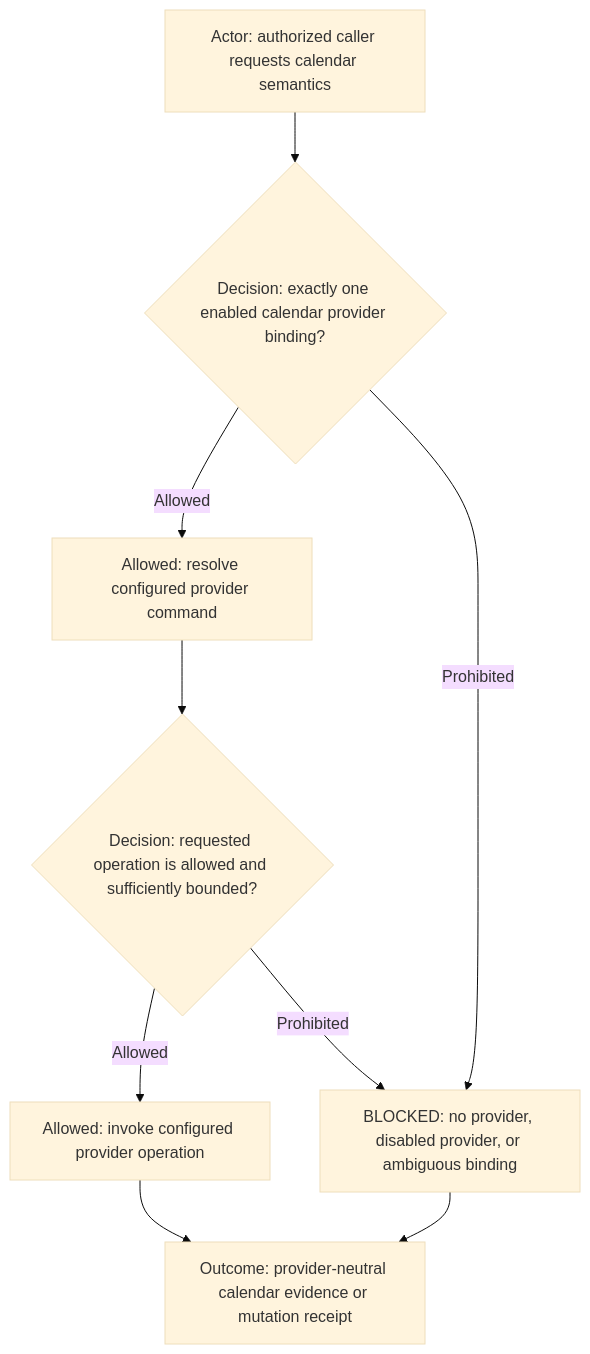
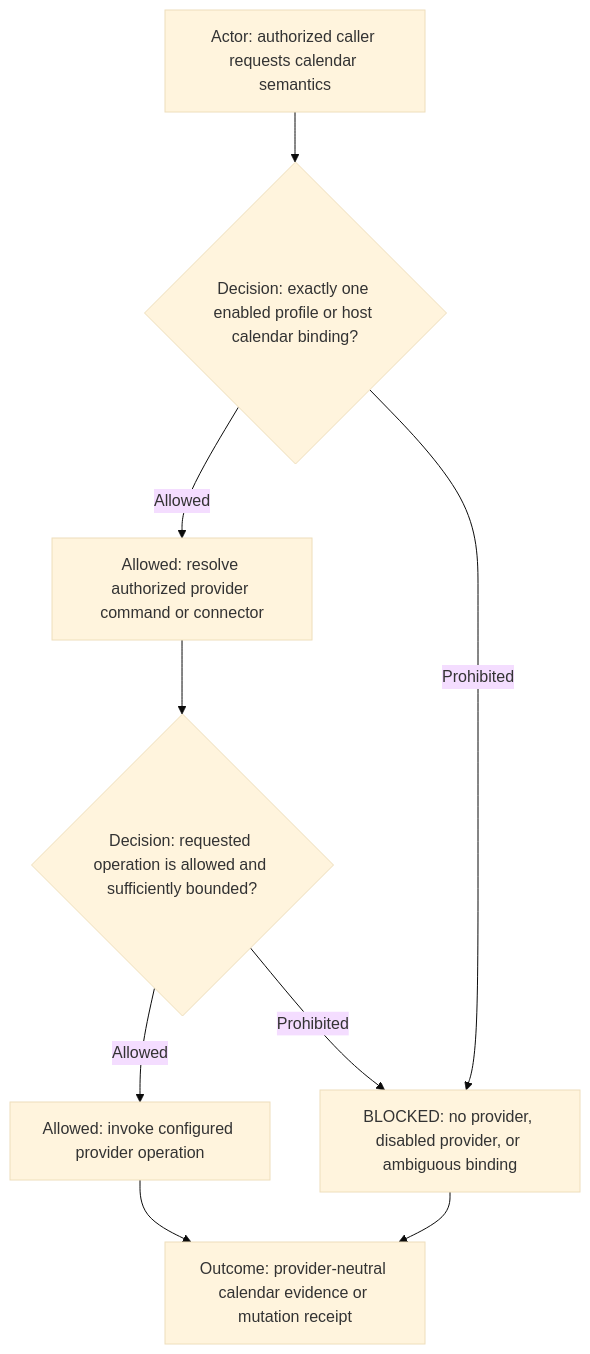
The diagram in ai-commands/connect/calendar/calendar.command.md (starodubtsevconsulting/ai-fleas), drawn with Mermaid (base theme) before and after one commit. The commit also changed other lines of this file and 1 other file, not shown here.

Commit message:
calendar: resolve provider from profile or host

````diff
--- a/ai-commands/connect/calendar/calendar.command.md
+++ b/ai-commands/connect/calendar/calendar.command.md
@@ -43,12 +43,12 @@
 ```mermaid
 flowchart TD
   Actor["Actor: authorized caller requests calendar semantics"]
-  Actor --> Context{"Decision: exactly one enabled calendar provider binding?"}
-  Context -->|Allowed| Resolve["Allowed: resolve configured provider command"]
+  Actor --> Context{"Decision: exactly one enabled profile or host calendar binding?"}
+  Context -->|Allowed| Resolve["Allowed: resolve authorized provider command or connector"]
   Context -->|Prohibited| Blocked["BLOCKED: no provider, disabled provider, or ambiguous binding"]
   Resolve --> Operation{"Decision: requested operation is allowed and sufficiently bounded?"}
   Operation -->|Allowed| Route["Allowed: invoke configured provider operation"]
   Operation -->|Prohibited| Blocked
   Route --> Outcome["Outcome: provider-neutral calendar evidence or mutation receipt"]
   Blocked --> Outcome
 ```
````
